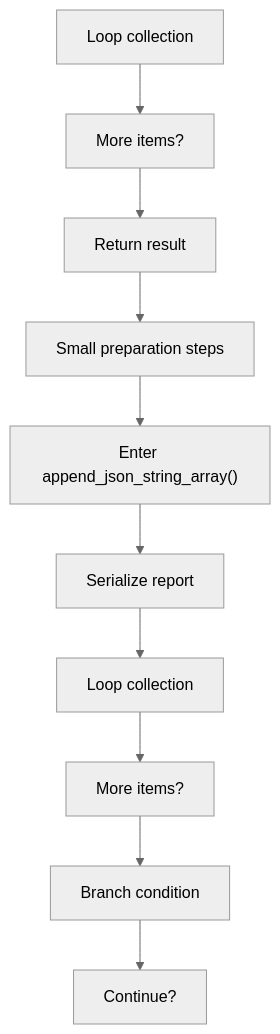
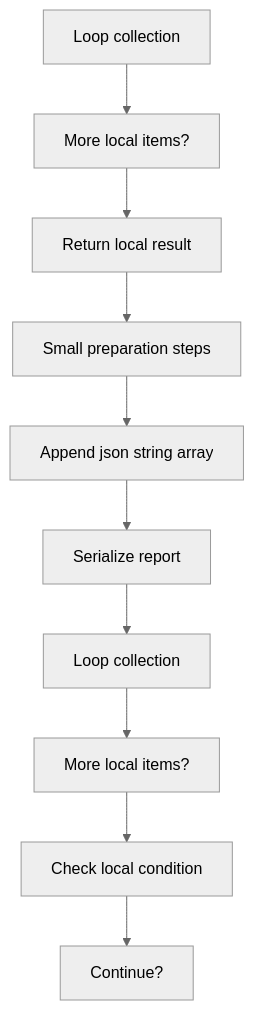
Before and after one commit to JohnAndrewBalbarosa/NeoTerritory: the first of 8 diagrams in docs/Codebase/Microservice/Modules/Source/OutputGeneration/UnitTestGeneration/Flow/algorithm_pipeline_program_flow_02.cpp.md, drawn with Mermaid (neutral theme). The commit also changed other lines of this file and 915 other files, not shown here.

````diff
--- a/docs/Codebase/Microservice/Modules/Source/OutputGeneration/UnitTestGeneration/Flow/algorithm_pipeline_program_flow_02.cpp.md
+++ b/docs/Codebase/Microservice/Modules/Source/OutputGeneration/UnitTestGeneration/Flow/algorithm_pipeline_program_flow_02.cpp.md
@@ -9,22 +9,22 @@
 ```mermaid
 flowchart TD
     N0["Loop collection"]
-    N1["More items?"]
-    N2["Return result"]
+    N1["More local items?"]
+    N2["Return local result"]
     N3["Small preparation steps"]
-    N4["Enter append_json_string_array()"]
+    N4["Append json string array"]
     N5["Serialize report"]
     N6["Loop collection"]
-    N7["More items?"]
-    N8["Branch condition"]
+    N7["More local items?"]
+    N8["Check local condition"]
     N9["Continue?"]
     N0 --> N1
     N1 --> N2
     N2 --> N3
     N3 --> N4
     N4 --> N5
     N5 --> N6
     N6 --> N7
     N7 --> N8
     N8 --> N9
 ```
````
